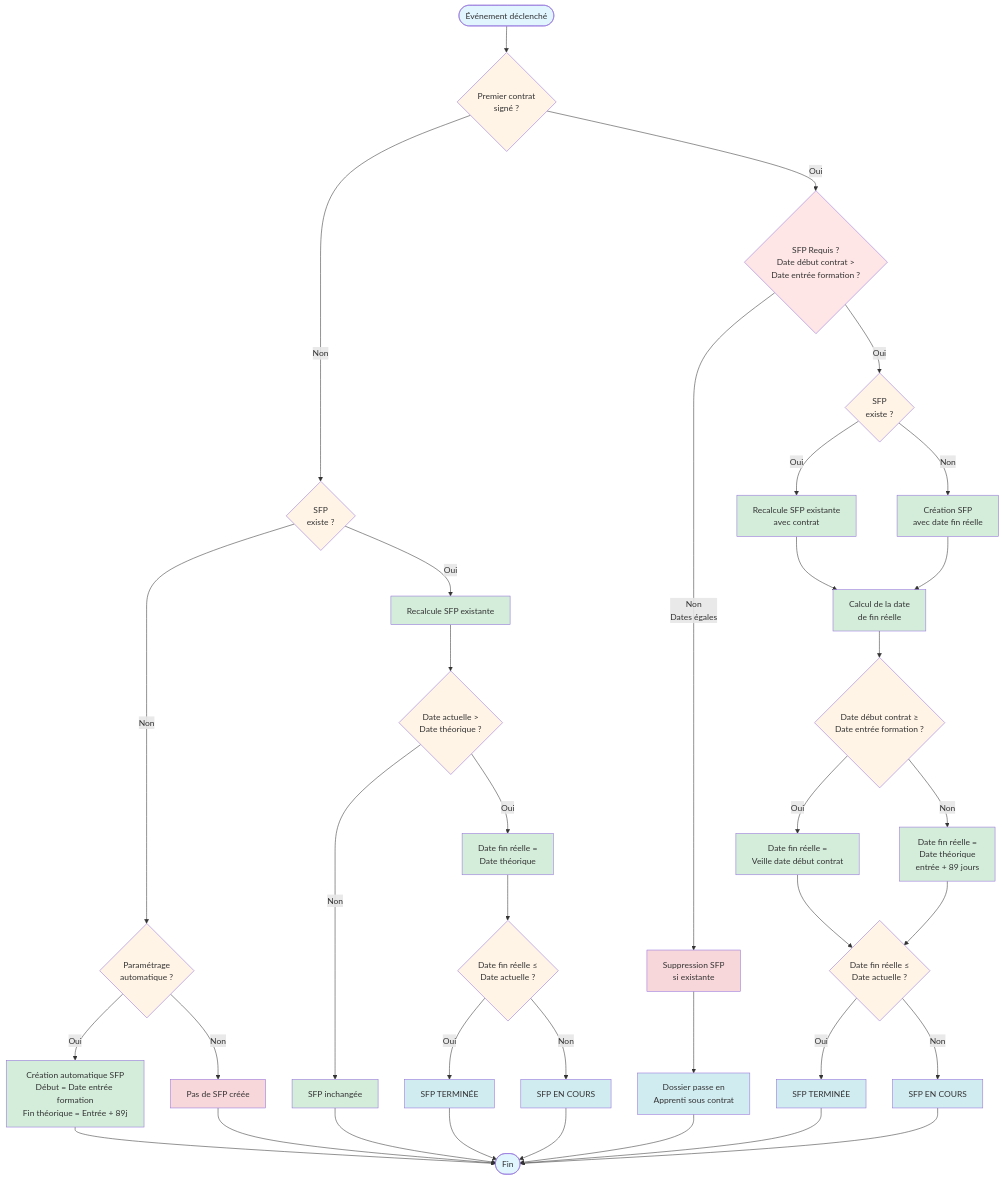
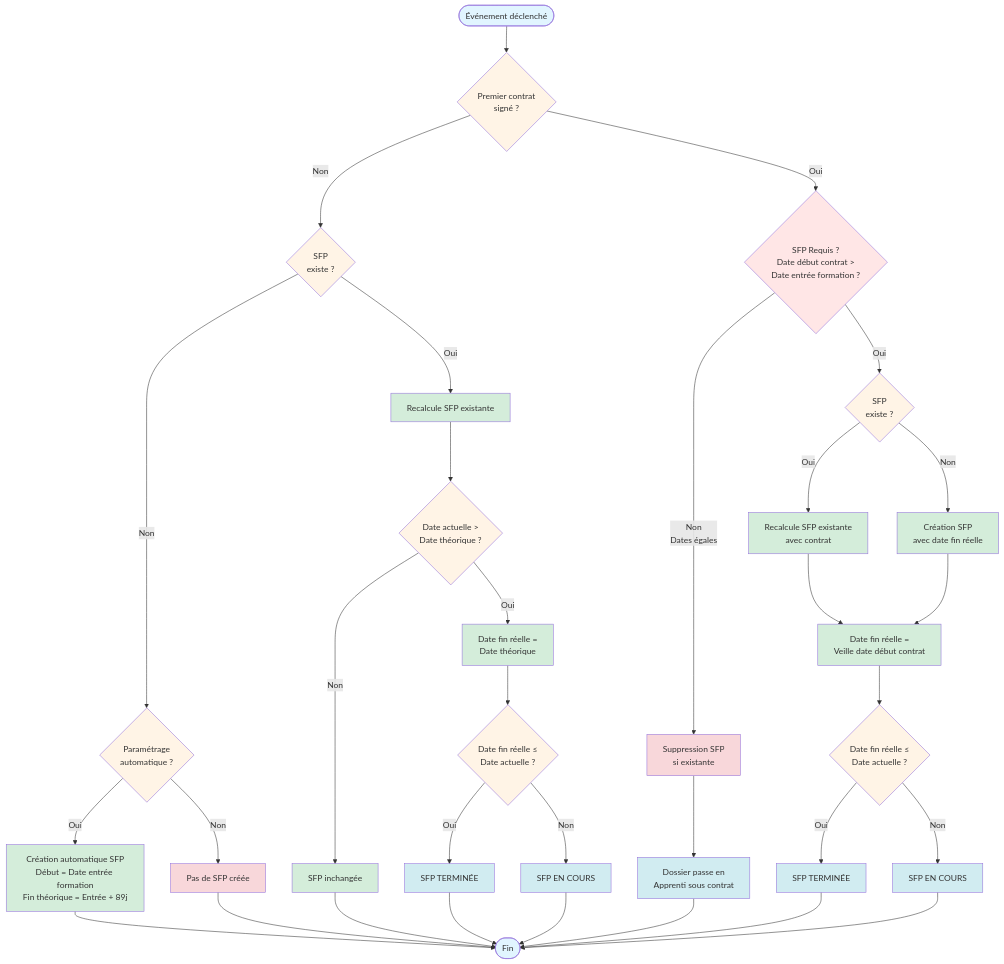
One commit to rtssolutions/documentation changed the diagram in documentations/dossier-formation/06-fonctionnement-sfp.md. Above: the diagram before and after it, drawn with Mermaid. The commit also changed other lines of this file, not shown here.

````diff
--- a/documentations/dossier-formation/06-fonctionnement-sfp.md
+++ b/documentations/dossier-formation/06-fonctionnement-sfp.md
@@ -27,81 +27,73 @@
 ```mermaid
 flowchart TD
     Start([Événement déclenché]) --> CheckContrat{Premier contrat<br/>signé ?}
-
-%% Branche SANS contrat signé
+    
+    %% Branche SANS contrat signé
     CheckContrat -->|Non| CheckSFPExiste{SFP<br/>existe ?}
     CheckSFPExiste -->|Non| CheckParametrage{Paramétrage<br/>automatique ?}
     CheckParametrage -->|Oui| CreateSFP[Création automatique SFP<br/>Début = Date entrée formation<br/>Fin théorique = Entrée + 89j]
     CheckParametrage -->|Non| NoSFP[Pas de SFP créée]
-
+    
     CheckSFPExiste -->|Oui| RecalculeSFP[Recalcule SFP existante]
     RecalculeSFP --> CheckDateTheorique{Date actuelle ><br/>Date théorique ?}
     CheckDateTheorique -->|Oui| SetDateFinTheorique2[Date fin réelle =<br/>Date théorique]
     CheckDateTheorique -->|Non| KeepSFP[SFP inchangée]
-
+    
     SetDateFinTheorique2 --> CheckTerminee2{Date fin réelle ≤<br/>Date actuelle ?}
-CheckTerminee2 -->|Oui| SFPTerminee2[SFP TERMINÉE]
-CheckTerminee2 -->|Non| SFPEnCours2[SFP EN COURS]
-
-%% Branche AVEC contrat signé
-CheckContrat -->|Oui| CheckSFPRequis{SFP Requis ?<br/>Date début contrat ><br/>Date entrée formation ?}
-
-CheckSFPRequis -->|Non<br/>Dates égales| DeleteSFP[Suppression SFP<br/>si existante]
-DeleteSFP --> ChangementEtat[Dossier passe en<br/>Apprenti sous contrat]
-
-CheckSFPRequis -->|Oui| CheckSFPExiste2{SFP<br/>existe ?}
-
-CheckSFPExiste2 -->|Oui| RecalculeSFPContrat[Recalcule SFP existante<br/>avec contrat]
-CheckSFPExiste2 -->|Non| CreateSFPContrat[Création SFP<br/>avec date fin réelle]
-
-RecalculeSFPContrat --> CalculDateReelle[Calcul de la date<br/>de fin réelle]
-CreateSFPContrat --> CalculDateReelle
-
-CalculDateReelle --> CheckDateContrat{Date début contrat ≥<br/>Date entrée formation ?}
-CheckDateContrat -->|Oui| SetDateFinReelle[Date fin réelle =<br/>Veille date début contrat]
-CheckDateContrat -->|Non| SetDateFinTheorique[Date fin réelle =<br/>Date théorique<br/>entrée + 89 jours]
-
-SetDateFinReelle --> CheckTerminee{Date fin réelle ≤<br/>Date actuelle ?}
-SetDateFinTheorique --> CheckTerminee
-CheckTerminee -->|Oui| SFPTerminee[SFP TERMINÉE]
-CheckTerminee -->|Non| SFPEnCours[SFP EN COURS]
-
-%% Convergence vers Fin
-CreateSFP --> End([Fin])
-NoSFP --> End
-KeepSFP --> End
-SFPTerminee2 --> End
-SFPEnCours2 --> End
-ChangementEtat --> End
-SFPTerminee --> End
-SFPEnCours --> End
-
-%% Styles
-style Start fill:#e1f5ff
-style End fill:#e1f5ff
-style CheckContrat fill:#fff4e6
-style CheckSFPExiste fill:#fff4e6
-style CheckSFPExiste2 fill:#fff4e6
-style CheckParametrage fill:#fff4e6
-style CheckDateContrat fill:#fff4e6
-style CheckDateTheorique fill:#fff4e6
-style CheckTerminee fill:#fff4e6
-style CheckTerminee2 fill:#fff4e6
-style CheckSFPRequis fill:#ffe6e6
-style CreateSFP fill:#d4edda
-style RecalculeSFP fill:#d4edda
-style RecalculeSFPContrat fill:#d4edda
-style CreateSFPContrat fill:#d4edda
-style CalculDateReelle fill:#d4edda
-style SetDateFinReelle fill:#d4edda
-style SetDateFinTheorique fill:#d4edda
-style SetDateFinTheorique2 fill:#d4edda
-style KeepSFP fill:#d4edda
-style DeleteSFP fill:#f8d7da
-style ChangementEtat fill:#d1ecf1
-style SFPTerminee fill:#d1ecf1
-style SFPEnCours fill:#d1ecf1
-style SFPTerminee2 fill:#d1ecf1
-style SFPEnCours2 fill:#d1ecf1
-style NoSFP fill:#f8d7da
+    CheckTerminee2 -->|Oui| SFPTerminee2[SFP TERMINÉE]
+    CheckTerminee2 -->|Non| SFPEnCours2[SFP EN COURS]
+    
+    %% Branche AVEC contrat signé
+    CheckContrat -->|Oui| CheckSFPRequis{SFP Requis ?<br/>Date début contrat ><br/>Date entrée formation ?}
+    
+    CheckSFPRequis -->|Non<br/>Dates égales| DeleteSFP[Suppression SFP<br/>si existante]
+    DeleteSFP --> ChangementEtat[Dossier passe en<br/>Apprenti sous contrat]
+    
+    CheckSFPRequis -->|Oui| CheckSFPExiste2{SFP<br/>existe ?}
+    
+    CheckSFPExiste2 -->|Oui| RecalculeSFPContrat[Recalcule SFP existante<br/>avec contrat]
+    CheckSFPExiste2 -->|Non| CreateSFPContrat[Création SFP<br/>avec date fin réelle]
+    
+    RecalculeSFPContrat --> SetDateFinReelle[Date fin réelle =<br/>Veille date début contrat]
+    CreateSFPContrat --> SetDateFinReelle
+    
+    SetDateFinReelle --> CheckTerminee{Date fin réelle ≤<br/>Date actuelle ?}
+    CheckTerminee -->|Oui| SFPTerminee[SFP TERMINÉE]
+    CheckTerminee -->|Non| SFPEnCours[SFP EN COURS]
+    
+    %% Convergence vers Fin
+    CreateSFP --> End([Fin])
+    NoSFP --> End
+    KeepSFP --> End
+    SFPTerminee2 --> End
+    SFPEnCours2 --> End
+    ChangementEtat --> End
+    SFPTerminee --> End
+    SFPEnCours --> End
+    
+    %% Styles
+    style Start fill:#e1f5ff
+    style End fill:#e1f5ff
+    style CheckContrat fill:#fff4e6
+    style CheckSFPExiste fill:#fff4e6
+    style CheckSFPExiste2 fill:#fff4e6
+    style CheckParametrage fill:#fff4e6
+    style CheckDateTheorique fill:#fff4e6
+    style CheckTerminee fill:#fff4e6
+    style CheckTerminee2 fill:#fff4e6
+    style CheckSFPRequis fill:#ffe6e6
+    style CreateSFP fill:#d4edda
+    style RecalculeSFP fill:#d4edda
+    style RecalculeSFPContrat fill:#d4edda
+    style CreateSFPContrat fill:#d4edda
+    style SetDateFinReelle fill:#d4edda
+    style SetDateFinTheorique2 fill:#d4edda
+    style KeepSFP fill:#d4edda
+    style DeleteSFP fill:#f8d7da
+    style ChangementEtat fill:#d1ecf1
+    style SFPTerminee fill:#d1ecf1
+    style SFPEnCours fill:#d1ecf1
+    style SFPTerminee2 fill:#d1ecf1
+    style SFPEnCours2 fill:#d1ecf1
+    style NoSFP fill:#f8d7da
 ```
````
